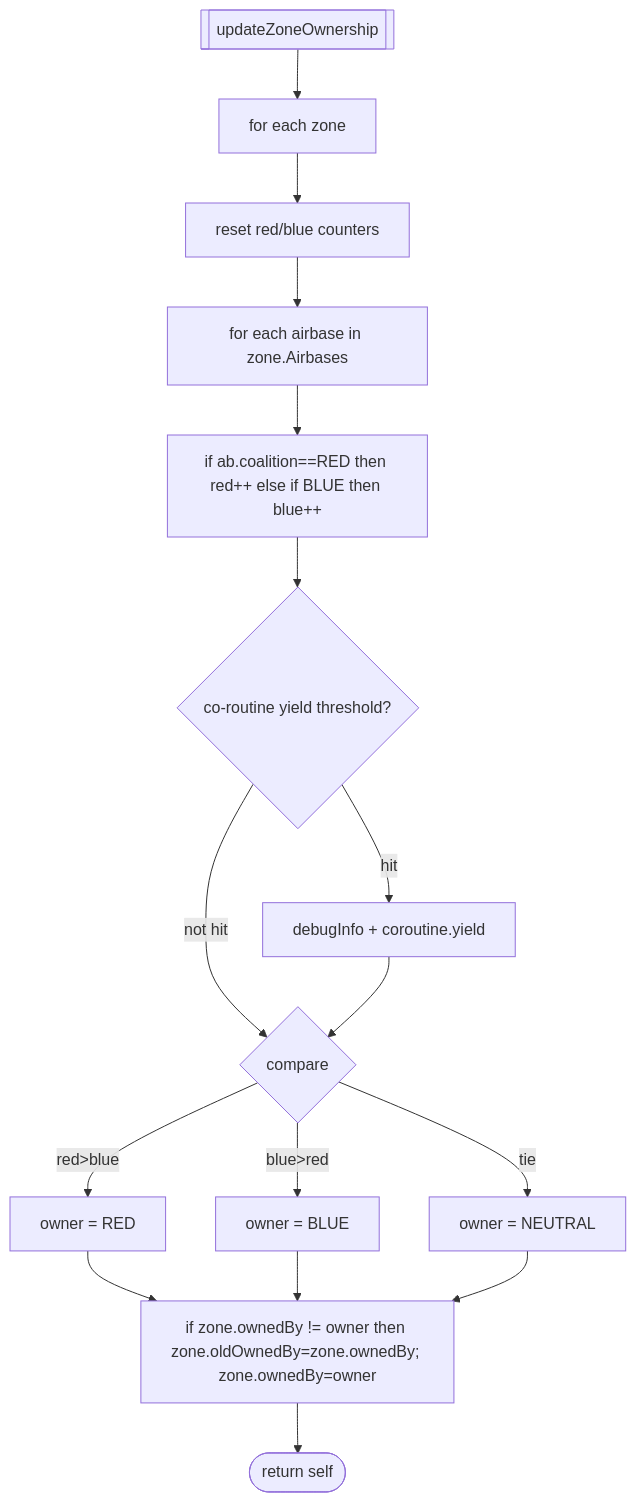
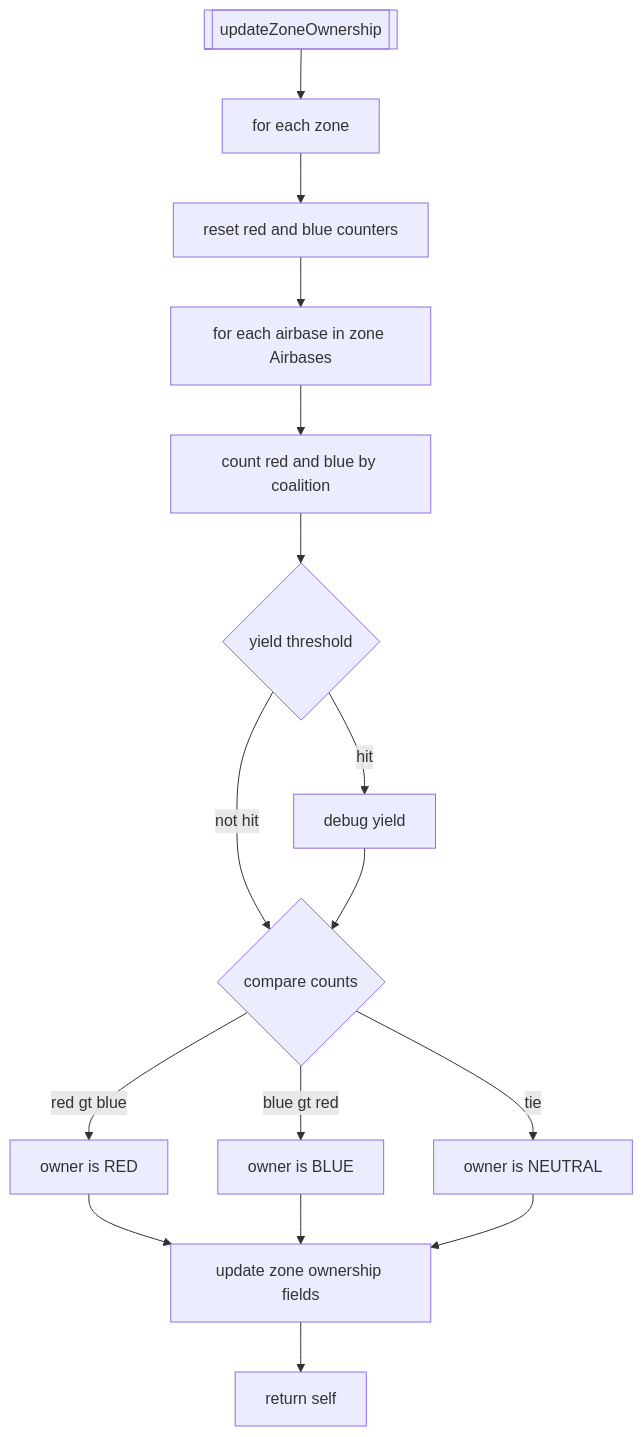
Before and after one commit to Gh0st352/AETHR: the second of 7 diagrams in docs/world/ownership.md, drawn with Mermaid. The commit also changed other lines of this file, not shown here.

Commit message:
docs(ownership): enhance mermaid diagrams for airbase and zone ownership processes

````diff
--- a/docs/world/ownership.md
+++ b/docs/world/ownership.md
@@ -43,18 +43,18 @@
 ```mermaid
 flowchart TD
   UZO[[updateZoneOwnership]] --> ZL[for each zone]
-  ZL --> CNT[reset red/blue counters]
-  CNT --> ABL[for each airbase in zone.Airbases]
-  ABL --> INC[if ab.coalition==RED then red++ else if BLUE then blue++]
-  INC --> YLD{co-routine yield threshold?}
-  YLD -- hit --> CY[debugInfo + coroutine.yield]
-  YLD -- not hit --> CNCL{compare}
+  ZL --> CNT[reset red and blue counters]
+  CNT --> ABL[for each airbase in zone Airbases]
+  ABL --> INC[count red and blue by coalition]
+  INC --> YLD{yield threshold}
+  YLD -->|hit| CY[debug yield]
+  YLD -->|not hit| CNCL{compare counts}
   CY --> CNCL
-  CNCL -- red>blue --> OWN[owner = RED]
-  CNCL -- blue>red --> OWN2[owner = BLUE]
-  CNCL -- tie --> OWN3[owner = NEUTRAL]
-  OWN --> SET[if zone.ownedBy != owner then zone.oldOwnedBy=zone.ownedBy; zone.ownedBy=owner]
+  CNCL -->|red gt blue| OWN[owner is RED]
+  CNCL -->|blue gt red| OWN2[owner is BLUE]
+  CNCL -->|tie| OWN3[owner is NEUTRAL]
+  OWN --> SET[update zone ownership fields]
   OWN2 --> SET
   OWN3 --> SET
-  SET --> RET([return self])
+  SET --> RET[return self]
 ```
````
